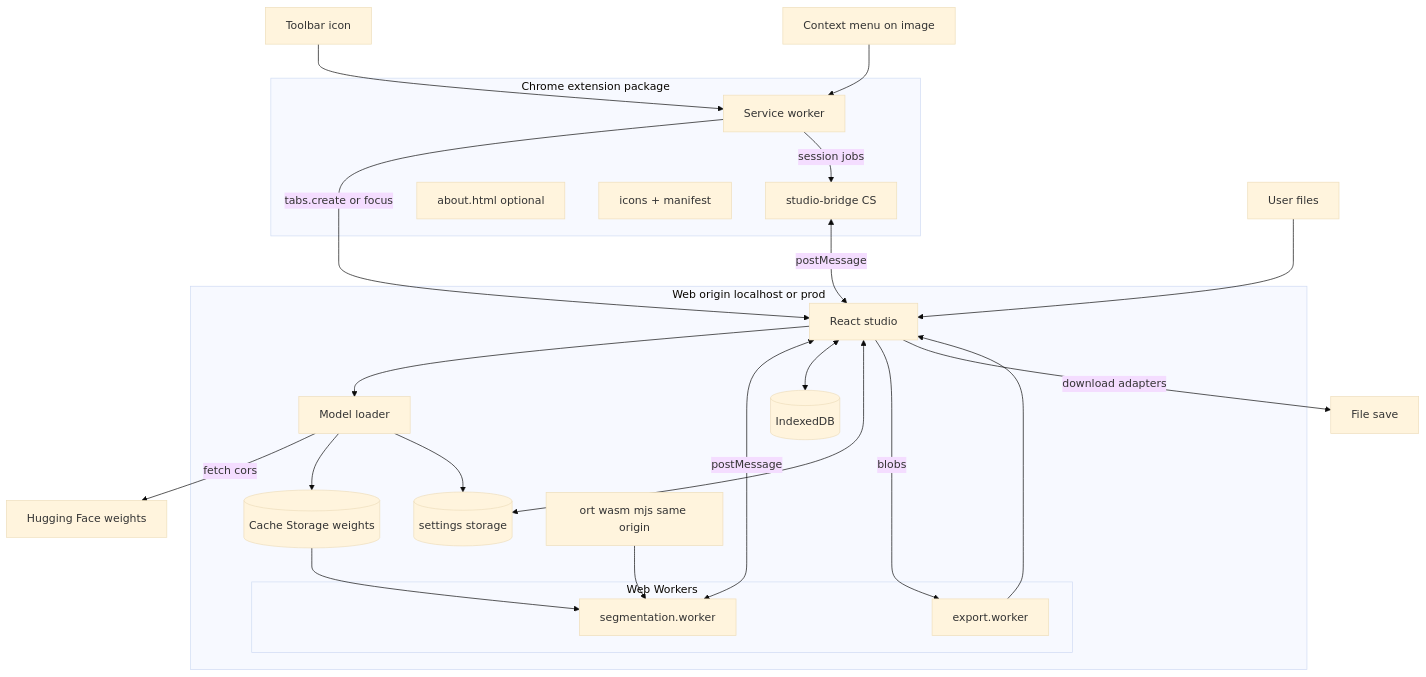
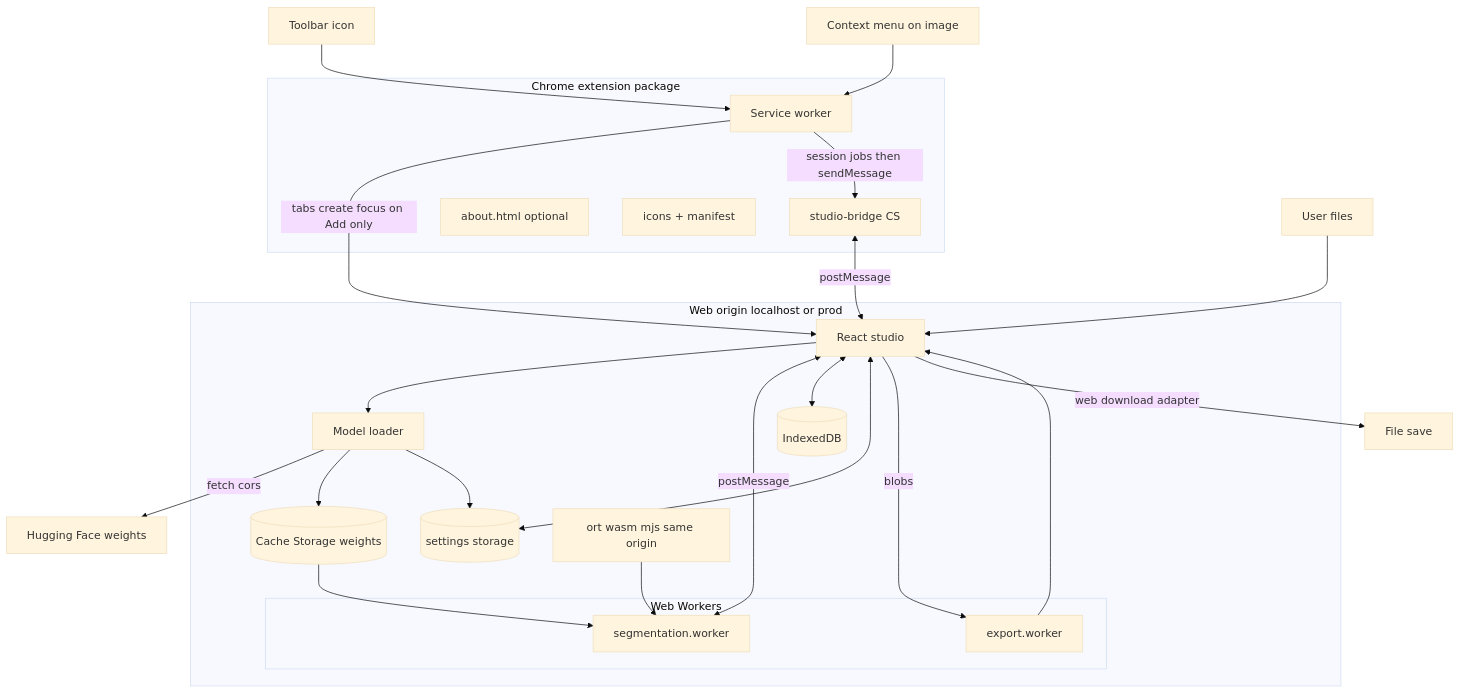
Before and after one commit to KonstantinAlexeevich/rmbg: the first of 2 diagrams in docs/02-architecture.md, drawn with Mermaid (base theme). The commit also changed other lines of this file and 28 other files, not shown here.

````diff
--- a/docs/02-architecture.md
+++ b/docs/02-architecture.md
@@ -48,40 +50,40 @@
 ```mermaid
 flowchart TB
     subgraph ext [Chrome extension package]
         SW[Service worker]
         CS[studio-bridge CS]
         AboutExt[about.html optional]
         Icons[icons + manifest]
     end
     subgraph web [Web origin localhost or prod]
         UI[React studio]
         Loader[Model loader]
         IDB[(IndexedDB)]
         LS[(settings storage)]
         Cache[(Cache Storage weights)]
         subgraph workers [Web Workers]
             SEG[segmentation.worker]
             ZIPW[export.worker]
         end
         ORT[ort wasm mjs same origin]
     end
     HF[Hugging Face weights]
     Click[Toolbar icon] --> SW
     CtxMenu[Context menu on image] --> SW
-    SW -->|tabs.create or focus| UI
-    SW -->|session jobs| CS
+    SW -->|tabs create focus on Add only| UI
+    SW -->|session jobs then sendMessage| CS
     CS <-->|postMessage| UI
     Files[User files] --> UI
     UI --> Loader
     Loader -->|fetch cors| HF
     Loader --> Cache
     Loader --> LS
     UI <-->|postMessage| SEG
     Cache --> SEG
     ORT --> SEG
     UI <--> IDB
     UI <--> LS
     UI -->|blobs| ZIPW
     ZIPW --> UI
-    UI -->|download adapters| DL[File save]
+    UI -->|web download adapter| DL[File save]
 ```
````
